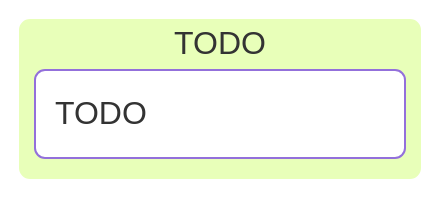
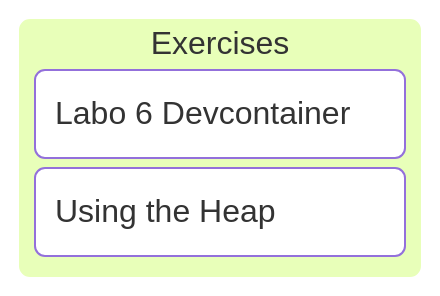
One commit to GlennVL-AP/cpp-programming-slides changed the diagram in slides/session_6_labo/index.md. Above: the diagram before and after it, drawn with Mermaid. The commit also changed other lines of this file and 1 other file, not shown here.

Commit message:
add labo 6 slides

````diff
--- a/slides/session_6_labo/index.md
+++ b/slides/session_6_labo/index.md
@@ -7,5 +7,6 @@
 ```mermaid
 kanban
-  column1[TODO]
-    task1[TODO]
+  column1[Exercises]
+    task1[Labo 6 Devcontainer]
+    task2[Using the Heap]
 ```
````
